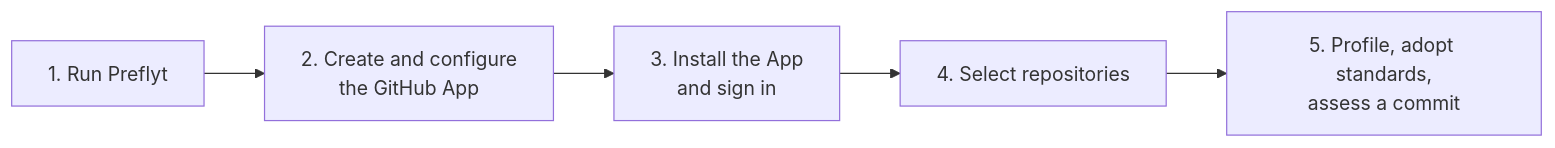
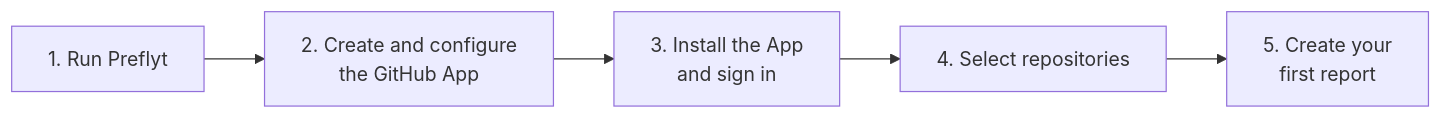
The diagram in apps/docs/docs/getting-started/index.md (lyrisoft/preflyt), drawn with Mermaid before and after one commit. The commit also changed other lines of this file and 12 other files, not shown here.

````diff
--- a/apps/docs/docs/getting-started/index.md
+++ b/apps/docs/docs/getting-started/index.md
@@ -12,7 +12,7 @@
 ```mermaid
 flowchart LR
   A[1. Run Preflyt] --> B[2. Create and configure<br/>the GitHub App]
   B --> C[3. Install the App<br/>and sign in]
   C --> D[4. Select repositories]
-  D --> E[5. Profile, adopt standards,<br/>assess a commit]
+  D --> E[5. Create your<br/>first report]
 ```
````
